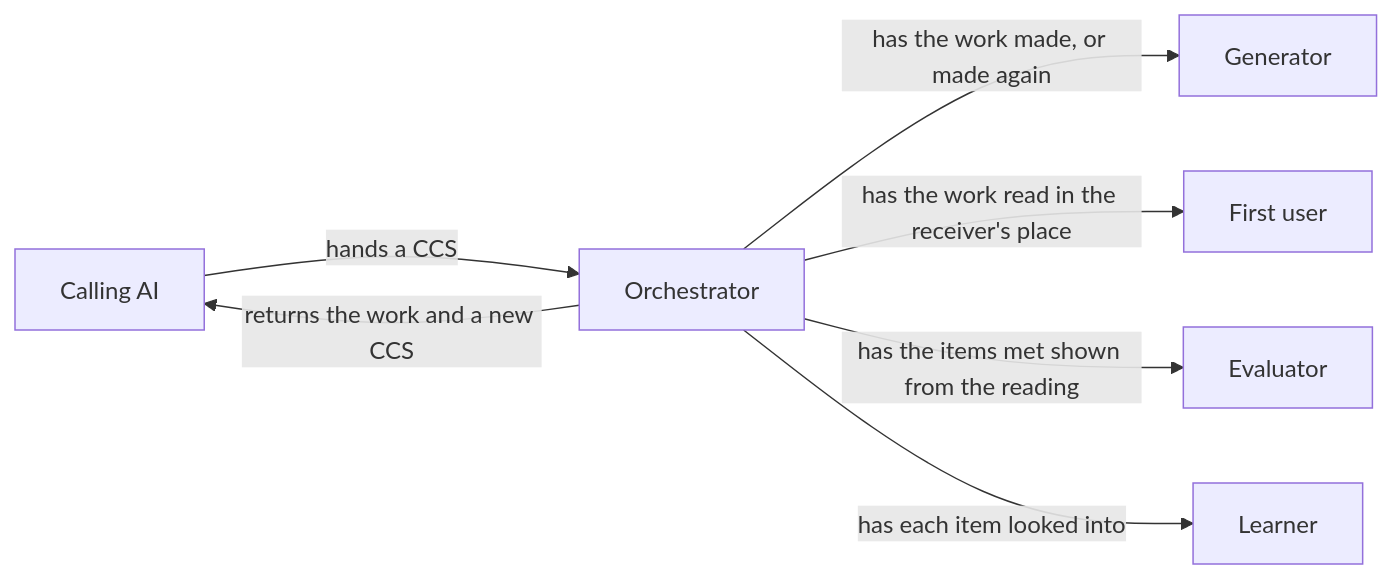
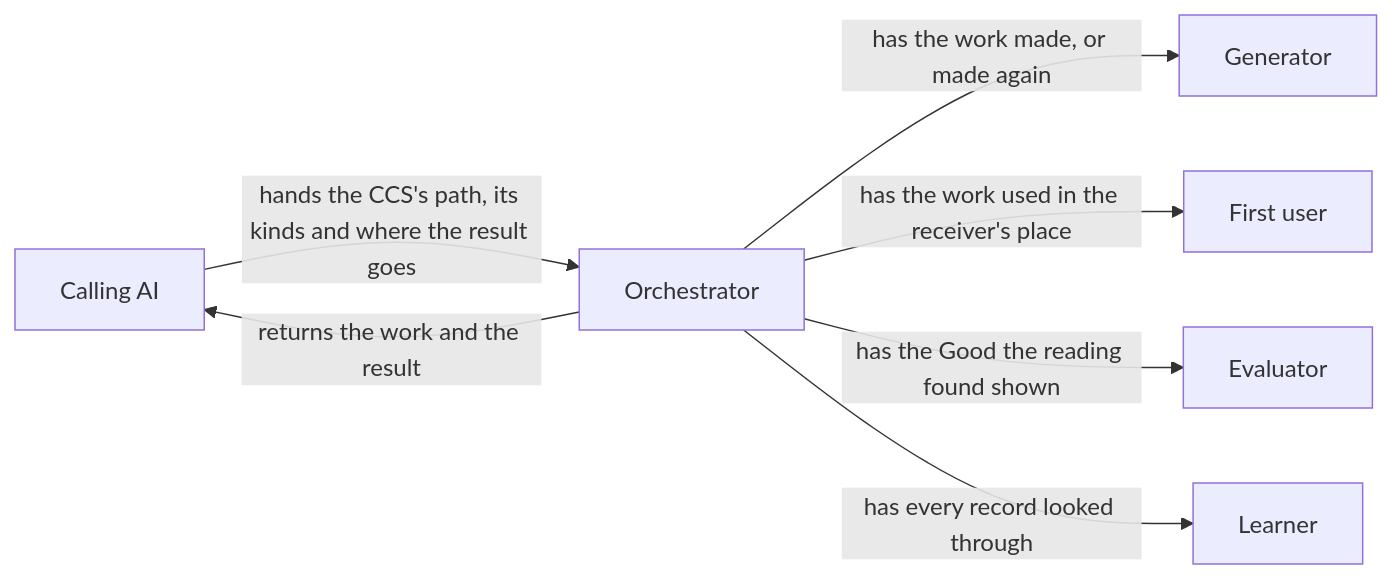
The diagram in dev/turn/design.md (lovaizu/ccpm), drawn with Mermaid before and after one commit. The commit also changed other lines of this file and 5 other files, not shown here.

First line of the commit message:
turn: UX, README and design rewritten to the decisions: turn defines nothing of the CCS, every AI role looks for the Good

````diff
--- a/dev/turn/design.md
+++ b/dev/turn/design.md
@@ -17,15 +19,15 @@
 ```mermaid
 flowchart LR
   caller["Calling AI"]
   orch["Orchestrator"]
   gen["Generator"]
   fu["First user"]
   ev["Evaluator"]
   le["Learner"]
-  caller -->|hands a CCS| orch
-  orch -->|returns the work and a new CCS| caller
+  caller -->|hands the CCS's path, its kinds and where the result goes| orch
+  orch -->|returns the work and the result| caller
   orch -->|has the work made, or made again| gen
-  orch -->|has the work read in the receiver's place| fu
-  orch -->|has the items met shown from the reading| ev
-  orch -->|has each item looked into| le
+  orch -->|has the work used in the receiver's place| fu
+  orch -->|has the Good the reading found shown| ev
+  orch -->|has every record looked through| le
 ```
````
